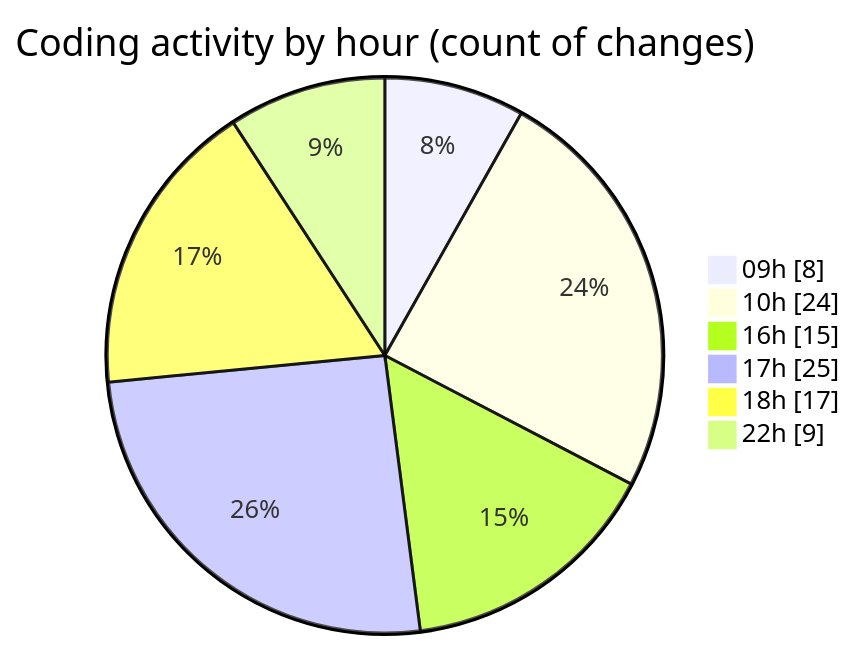
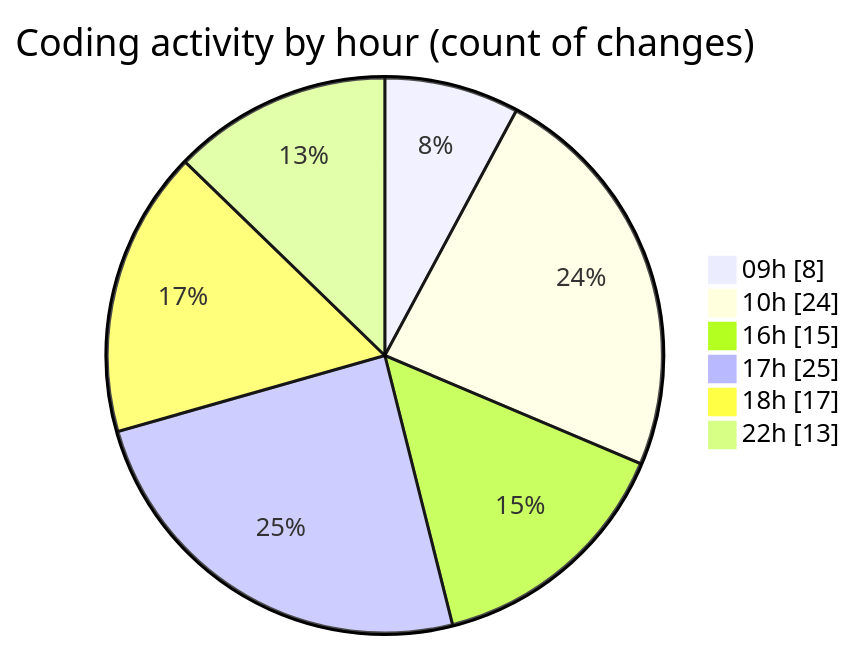
One commit to julien-gomy/code-tracking changed the second of 2 diagrams in 2025-10-09/eventscop-frontend-guide__workspace_/README.md. Above: the diagram before and after it, drawn with Mermaid. The commit also changed other lines of this file and 1 other file, not shown here.

````diff
--- a/2025-10-09/eventscop-frontend-guide__workspace_/README.md
+++ b/2025-10-09/eventscop-frontend-guide__workspace_/README.md
@@ -63,10 +64,10 @@
 ```mermaid
 pie showData
 title Coding activity by hour (count of changes)
 "09h" : 8
 "10h" : 24
 "16h" : 15
 "17h" : 25
 "18h" : 17
-"22h" : 9
+"22h" : 13
 ```
````
